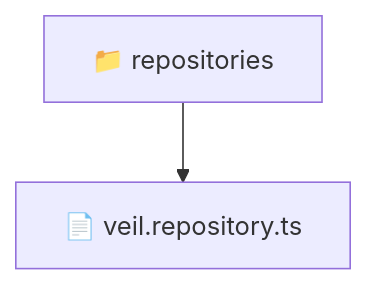
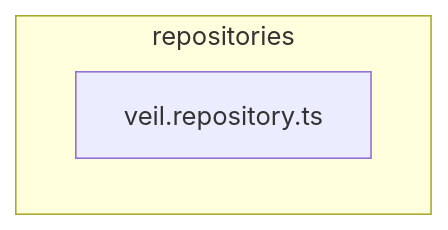
One commit to beginwebdev2002/fullstack-mavluda changed the diagram in backend/src/modules/veil/infrastructure/repositories/README.md. Above: the diagram before and after it, drawn with Mermaid. The commit also changed other lines of this file and 163 other files, not shown here.

````diff
--- a/backend/src/modules/veil/infrastructure/repositories/README.md
+++ b/backend/src/modules/veil/infrastructure/repositories/README.md
@@ -9,5 +15,6 @@
 ```mermaid
 graph TD
-  Root["📁 repositories"]
-  Root --> veil_repository_ts["📄 veil.repository.ts"]
+  subgraph repositories
+    veil_repository_ts["veil.repository.ts"]
+  end
 ```
````
